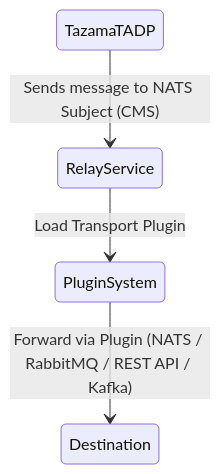
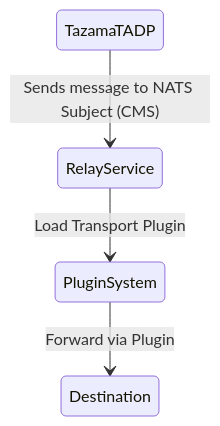
One commit to tazama-lf/relay-service changed the third of 3 diagrams in README.md. Above: the diagram before and after it, drawn with Mermaid. The commit also changed other lines of this file and 2 other files, not shown here.

````diff
--- a/README.md
+++ b/README.md
@@ -172,6 +172,6 @@
 ```mermaid
 stateDiagram-v2
     TazamaTADP --> RelayService: Sends message to NATS Subject (CMS)
     RelayService --> PluginSystem: Load Transport Plugin
-    PluginSystem --> Destination: Forward via Plugin (NATS / RabbitMQ / REST API / Kafka)
+    PluginSystem --> Destination: Forward via Plugin
 ```
````
